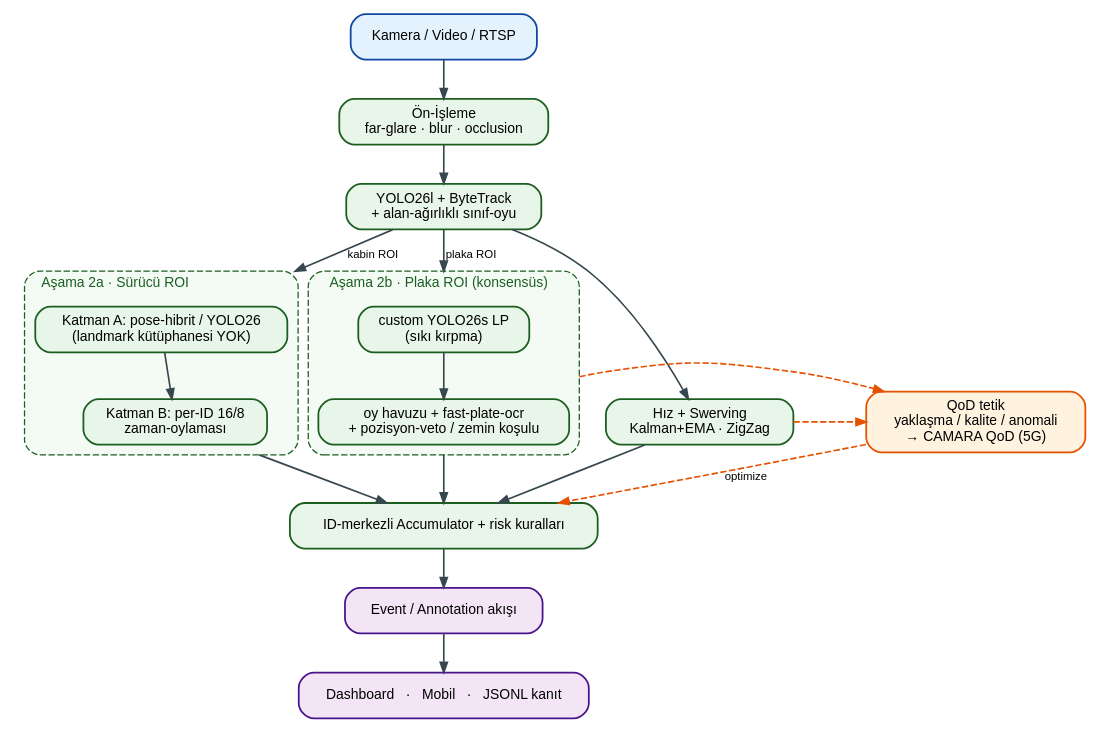
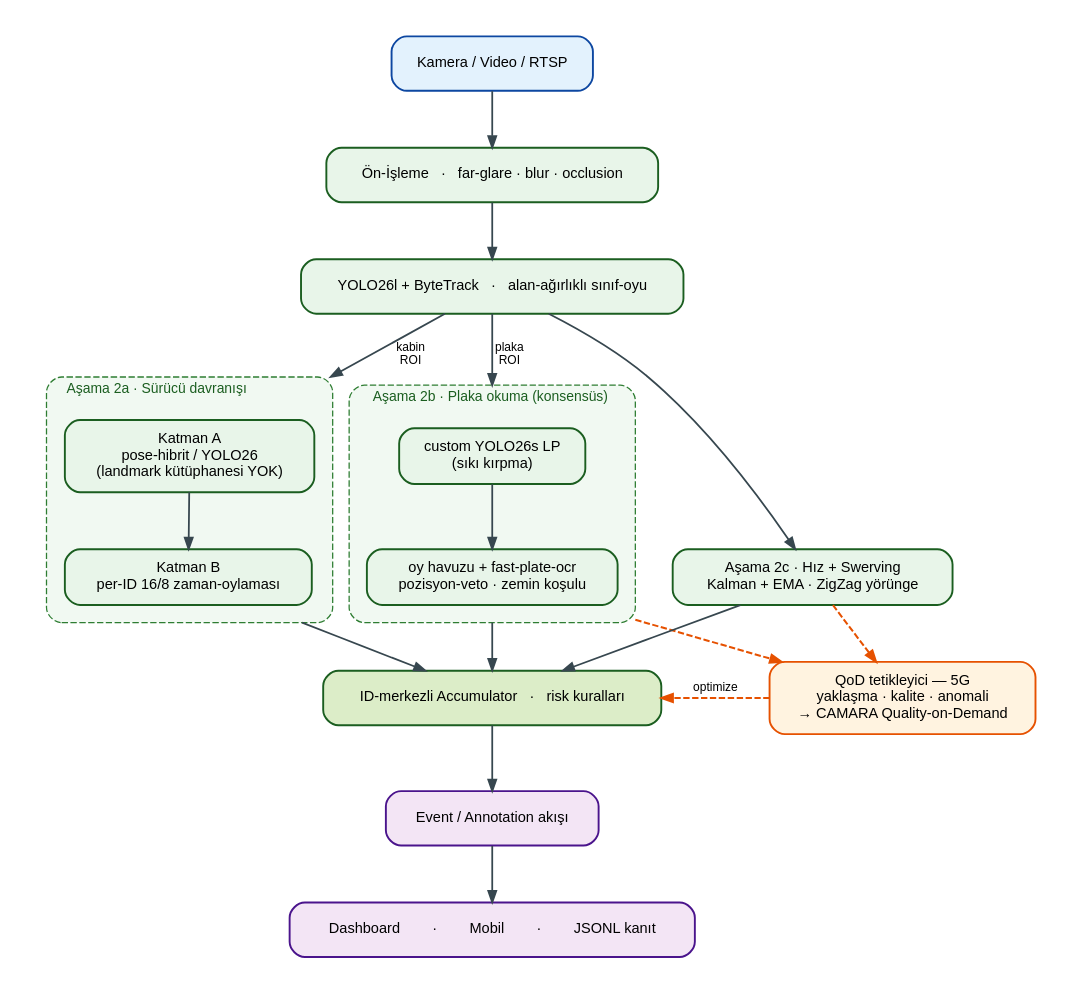
One commit to cleoanka/teknofest-prototip.v2 changed the diagram in docs/diagrams/pipeline_mimari.dot. Above: the diagram before and after it, drawn with Graphviz. The commit also changed 6 other files, not shown here.

```diff
--- a/docs/diagrams/pipeline_mimari.dot
+++ b/docs/diagrams/pipeline_mimari.dot
@@ -1,49 +1,49 @@
 // AURA — FTR §3.2 kuşbakışı mimari (graphviz). Render:
 //   dot -Tpng -Gdpi=200 docs/diagrams/pipeline_mimari.dot -o docs/figures/fig_mimari.png
 digraph AURA {
-  rankdir=TB; bgcolor="white"; splines=spline; compound=true;
-  graph [fontname="Helvetica", fontsize=12, ranksep=0.42, nodesep=0.40];
-  node  [fontname="Helvetica", fontsize=11, shape=box, style="rounded,filled",
-         penwidth=1.4, margin="0.16,0.09", color="#1b5e20", fillcolor="#e8f5e9"];
-  edge  [fontname="Helvetica", fontsize=9, color="#37474f", penwidth=1.3, arrowsize=0.8];
+  rankdir=TB; bgcolor="white"; splines=spline; compound=true; pad=0.3;
+  graph [fontname="Helvetica", fontsize=12, ranksep=0.6, nodesep=0.6];
+  node  [fontname="Helvetica", fontsize=11.5, shape=box, style="rounded,filled",
+         penwidth=1.5, margin="0.22,0.13", color="#1b5e20", fillcolor="#e8f5e9", height=0.6];
+  edge  [fontname="Helvetica", fontsize=9.5, color="#37474f", penwidth=1.4, arrowsize=0.9];
 
   CAM [label="Kamera / Video / RTSP", fillcolor="#e3f2fd", color="#0d47a1"];
-  PRE [label="Ön-İşleme\nfar-glare · blur · occlusion"];
-  DET [label="YOLO26l + ByteTrack\n+ alan-ağırlıklı sınıf-oyu"];
+  PRE [label="Ön-İşleme   ·   far-glare · blur · occlusion"];
+  DET [label="YOLO26l + ByteTrack   ·   alan-ağırlıklı sınıf-oyu"];
 
   subgraph cluster_drv {
-    label="Aşama 2a · Sürücü ROI"; labeljust="l"; fontsize=11; fontcolor="#1b5e20";
-    style="rounded,dashed"; color="#1b5e20"; bgcolor="#f4fbf5";
-    LA [label="Katman A: pose-hibrit / YOLO26\n(landmark kütüphanesi YOK)"];
-    LB [label="Katman B: per-ID 16/8\nzaman-oylaması"];
+    label="Aşama 2a · Sürücü davranışı"; labeljust="l"; fontsize=11; fontcolor="#1b5e20";
+    style="rounded,dashed"; color="#2e7d32"; bgcolor="#f1f9f2"; margin=14;
+    LA [label="Katman A\npose-hibrit / YOLO26\n(landmark kütüphanesi YOK)"];
+    LB [label="Katman B\nper-ID 16/8 zaman-oylaması"];
     LA -> LB;
   }
   subgraph cluster_plt {
-    label="Aşama 2b · Plaka ROI (konsensüs)"; labeljust="l"; fontsize=11; fontcolor="#1b5e20";
-    style="rounded,dashed"; color="#1b5e20"; bgcolor="#f4fbf5";
+    label="Aşama 2b · Plaka okuma (konsensüs)"; labeljust="l"; fontsize=11; fontcolor="#1b5e20";
+    style="rounded,dashed"; color="#2e7d32"; bgcolor="#f1f9f2"; margin=14;
     LP  [label="custom YOLO26s LP\n(sıkı kırpma)"];
-    OCR [label="oy havuzu + fast-plate-ocr\n+ pozisyon-veto / zemin koşulu"];
+    OCR [label="oy havuzu + fast-plate-ocr\npozisyon-veto · zemin koşulu"];
     LP -> OCR;
   }
+  SPD [label="Aşama 2c · Hız + Swerving\nKalman + EMA · ZigZag yörünge"];
 
-  SPD  [label="Hız + Swerving\nKalman+EMA · ZigZag"];
-  ACC  [label="ID-merkezli Accumulator + risk kuralları"];
+  ACC  [label="ID-merkezli Accumulator   ·   risk kuralları", fillcolor="#dcedc8", color="#1b5e20"];
   OUT  [label="Event / Annotation akışı", fillcolor="#f3e5f5", color="#4a148c"];
-  SINK [label="Dashboard   ·   Mobil   ·   JSONL kanıt", fillcolor="#f3e5f5", color="#4a148c"];
-  QOD  [label="QoD tetik\nyaklaşma / kalite / anomali\n→ CAMARA QoD (5G)", fillcolor="#fff3e0", color="#e65100"];
+  SINK [label="Dashboard        ·        Mobil        ·        JSONL kanıt", fillcolor="#f3e5f5", color="#4a148c"];
+  QOD  [label="QoD tetikleyici — 5G\nyaklaşma · kalite · anomali\n→ CAMARA Quality-on-Demand", fillcolor="#fff3e0", color="#e65100"];
 
   CAM -> PRE -> DET;
-  DET -> LA  [lhead=cluster_drv, label="kabin ROI"];
-  DET -> LP  [lhead=cluster_plt, label="plaka ROI"];
+  DET -> LA  [lhead=cluster_drv, label="kabin\nROI"];
+  DET -> LP  [lhead=cluster_plt, label="plaka\nROI"];
   DET -> SPD;
   LB  -> ACC [ltail=cluster_drv];
   OCR -> ACC [ltail=cluster_plt];
   SPD -> ACC;
   ACC -> OUT -> SINK;
 
-  SPD -> QOD [style=dashed, color="#e65100", constraint=false];
-  OCR -> QOD [style=dashed, color="#e65100", ltail=cluster_plt, constraint=false];
-  QOD -> ACC [style=dashed, color="#e65100", constraint=false, label="optimize"];
+  OCR -> QOD [style=dashed, color="#e65100", penwidth=1.6, ltail=cluster_plt, constraint=false];
+  SPD -> QOD [style=dashed, color="#e65100", penwidth=1.6, constraint=false];
+  QOD -> ACC [style=dashed, color="#e65100", penwidth=1.6, constraint=false, label="optimize"];
 
-  { rank=same; SPD; QOD; }
+  { rank=same; ACC; QOD; }
 }
```
